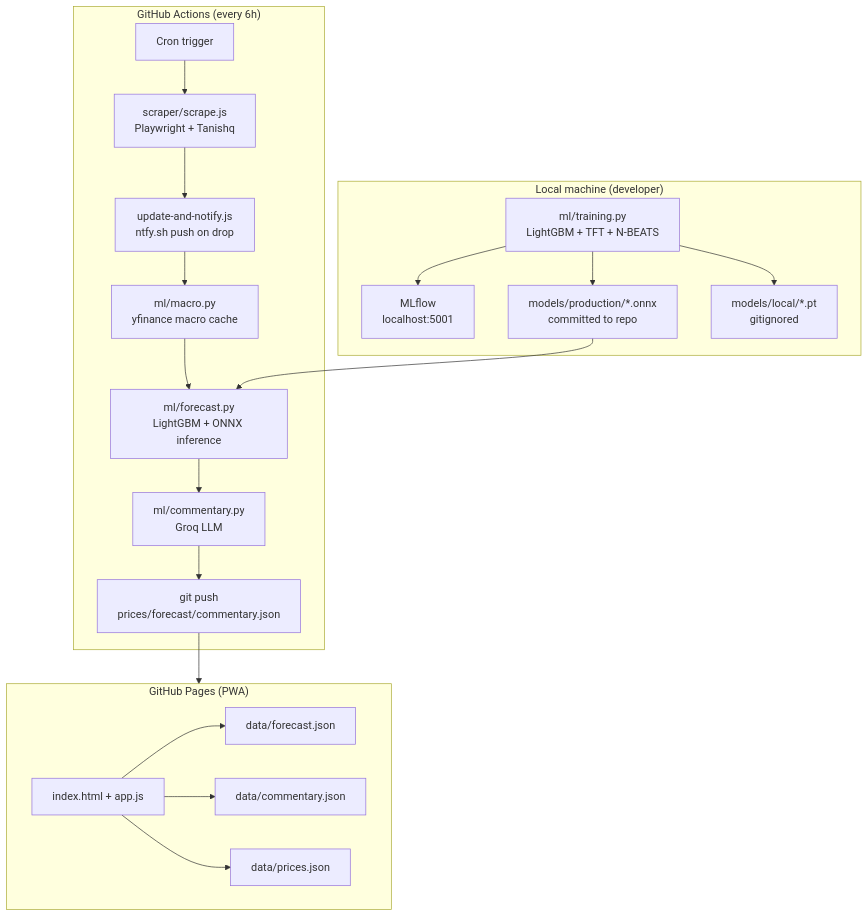
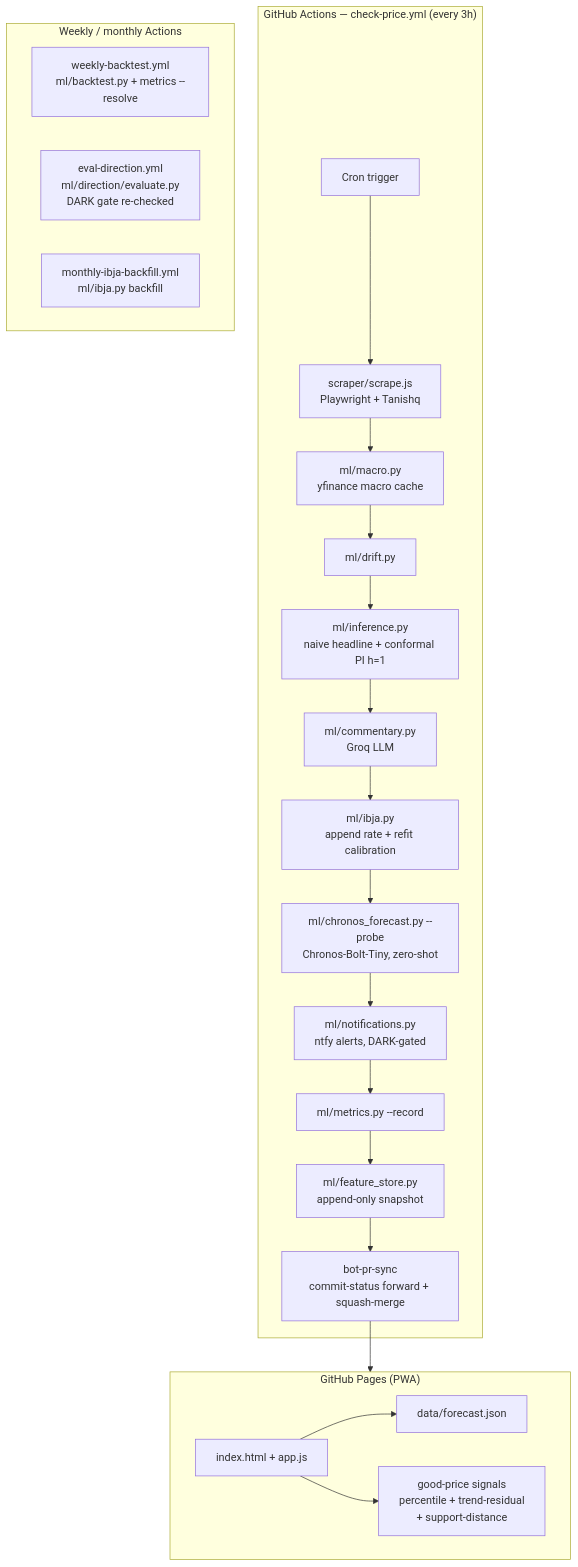
The diagram in docs/ARCHITECTURE.md (gaurav-gandhi-2411/gold-rate-tracker), drawn with Mermaid before and after one commit. The commit also changed other lines of this file and 1 other file, not shown here.

````diff
--- a/docs/ARCHITECTURE.md
+++ b/docs/ARCHITECTURE.md
@@ -18,29 +7,29 @@
 ```mermaid
 graph TD
-    subgraph ci["GitHub Actions (every 6h)"]
-        GH[Cron trigger]
-        GH --> SCR[scraper/scrape.js\nPlaywright + Tanishq]
-        SCR --> UPD[update-and-notify.js\nntfy.sh push on drop]
-        UPD --> MAC[ml/macro.py\nyfinance macro cache]
-        MAC --> FC[ml/forecast.py\nLightGBM + ONNX inference]
-        FC --> COM[ml/commentary.py\nGroq LLM]
-        COM --> PUSH[git push\nprices/forecast/commentary.json]
+    subgraph ci["GitHub Actions — check-price.yml (every 3h)"]
+        GH[Cron trigger] --> SCR[scraper/scrape.js\nPlaywright + Tanishq]
+        SCR --> MAC[ml/macro.py\nyfinance macro cache]
+        MAC --> DRIFT[ml/drift.py]
+        DRIFT --> INF[ml/inference.py\nnaive headline + conformal PI h=1]
+        INF --> COM[ml/commentary.py\nGroq LLM]
+        COM --> IBJA[ml/ibja.py\nappend rate + refit calibration]
+        IBJA --> PROBE[ml/chronos_forecast.py --probe\nChronos-Bolt-Tiny, zero-shot]
+        PROBE --> NOTIF[ml/notifications.py\nntfy alerts, DARK-gated]
+        NOTIF --> MET[ml/metrics.py --record]
+        MET --> FS[ml/feature_store.py\nappend-only snapshot]
+        FS --> PUSH[bot-pr-sync\ncommit-status forward + squash-merge]
     end
 
-    subgraph local["Local machine (developer)"]
-        TRAIN[ml/training.py\nLightGBM + TFT + N-BEATS]
-        TRAIN --> MLF[MLflow\nlocalhost:5001]
-        TRAIN --> ONNX[models/production/*.onnx\ncommitted to repo]
-        TRAIN --> PT[models/local/*.pt\ngitignored]
+    subgraph scheduled["Weekly / monthly Actions"]
+        WB[weekly-backtest.yml\nml/backtest.py + metrics --resolve]
+        ED[eval-direction.yml\nml/direction/evaluate.py\nDARK gate re-checked]
+        MB[monthly-ibja-backfill.yml\nml/ibja.py backfill]
     end
 
     subgraph pwa["GitHub Pages (PWA)"]
-        IDX[index.html + app.js]
-        IDX --> FCAST[data/forecast.json]
-        IDX --> COMM[data/commentary.json]
-        IDX --> PRICES[data/prices.json]
+        IDX[index.html + app.js] --> FCAST[data/forecast.json]
+        IDX --> GP[good-price signals\npercentile + trend-residual\n+ support-distance]
     end
 
     PUSH --> pwa
-    ONNX --> FC
 ```
````
